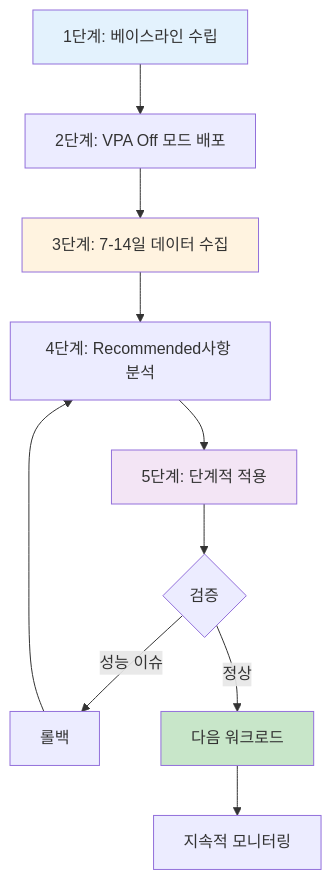
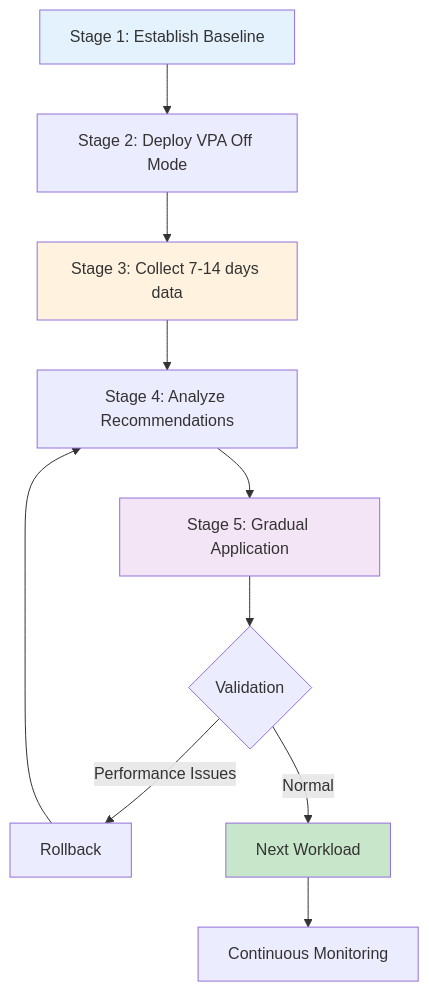
Diagram 11 of 16 in i18n/en/docusaurus-plugin-content-docs/current/eks-best-practices/resource-cost/eks-resource-optimization.md (devfloor9/engineering-playbook), drawn with Mermaid before and after one commit. The commit also changed other lines of this file, not shown here.

````diff
--- a/i18n/en/docusaurus-plugin-content-docs/current/eks-best-practices/resource-cost/eks-resource-optimization.md
+++ b/i18n/en/docusaurus-plugin-content-docs/current/eks-best-practices/resource-cost/eks-resource-optimization.md
@@ -3305,19 +3305,19 @@
 ```mermaid
 graph TB
-    A[1단계: 베이스라인 수립] --> B[2단계: VPA Off 모드 배포]
-    B --> C[3단계: 7-14일 데이터 수집]
-    C --> D[4단계: Recommended사항 분석]
-    D --> E[5단계: 단계적 적용]
+    A[Stage 1: Establish Baseline] --> B[Stage 2: Deploy VPA Off Mode]
+    B --> C[Stage 3: Collect 7-14 days data]
+    C --> D[Stage 4: Analyze Recommendations]
+    D --> E[Stage 5: Gradual Application]
 
-    E --> F{검증}
-    F -->|성능 이슈| G[롤백]
-    F -->|정상| H[다음 워크로드]
+    E --> F{Validation}
+    F -->|Performance Issues| G[Rollback]
+    F -->|Normal| H[Next Workload]
 
     G --> D
-    H --> I[지속적 모니터링]
+    H --> I[Continuous Monitoring]
 
     style A fill:#e3f2fd
     style C fill:#fff3e0
     style E fill:#f3e5f5
     style H fill:#c8e6c9
 ```
````
